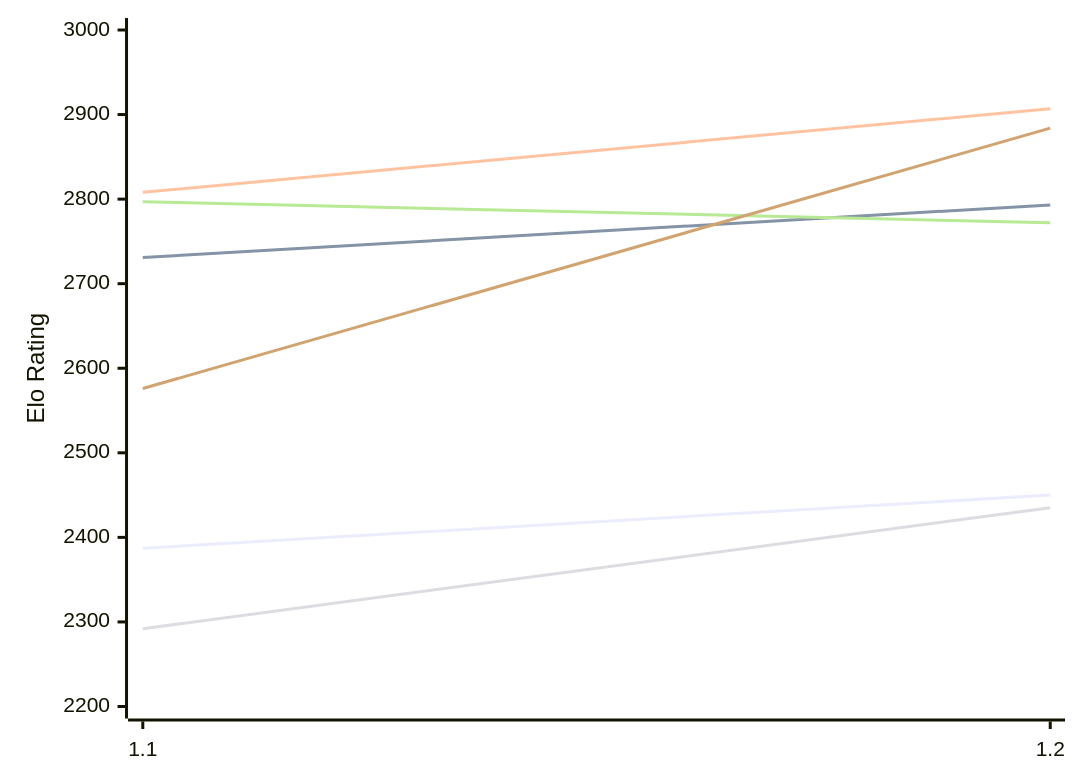
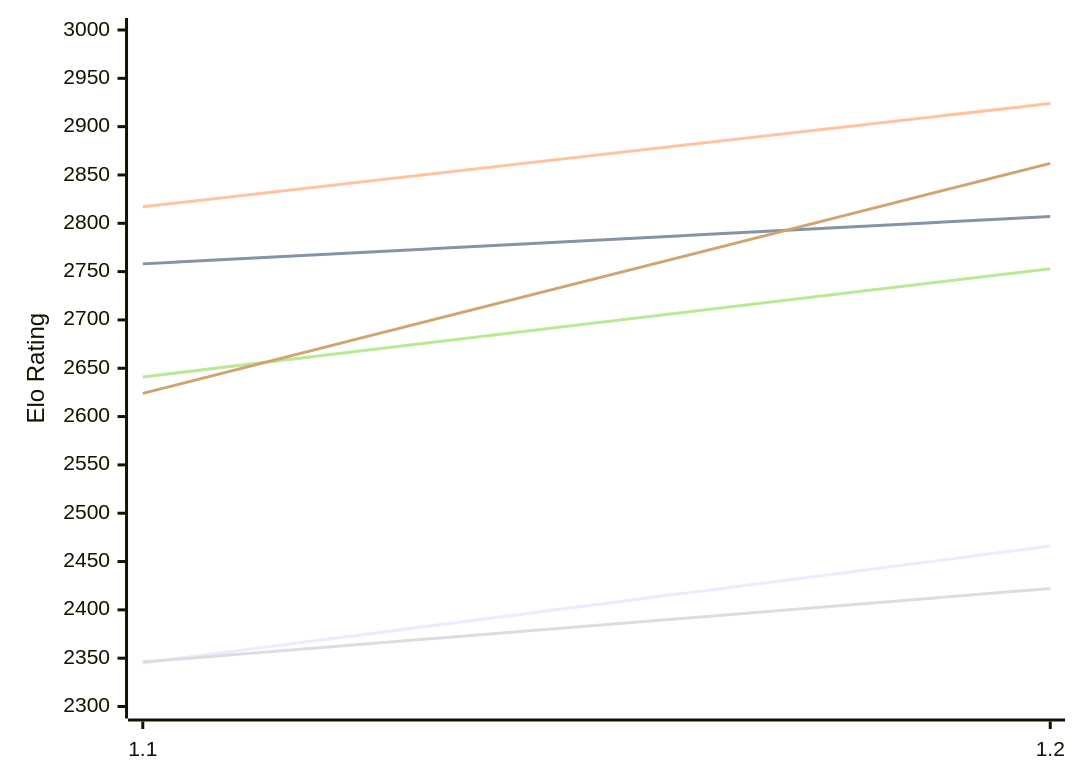
The first of 2 diagrams in engines/FoxChess.md (computer-chess-index/cci), drawn with Mermaid before and after one commit. The commit also changed other lines of this file, not shown here.

Commit message:
Update CCI Ratings (ELO VLTC) - 2026-11-14

````diff
--- a/engines/FoxChess.md
+++ b/engines/FoxChess.md
@@ -51,12 +51,12 @@
 ```mermaid
 %%{init: {"theme":"base","themeVariables":{"seriesColors:['#a3a3a3','#222221','#faa371']}}}%%
 xychart-beta
   x-axis ["1.1", "1.2"]
-  y-axis "Elo Rating" 2200 --> 3000
-  line "E1: STC (8.0+0.08s)" [2387, 2450]
-  line "E1: LTC (60.0+0.60s)" [2731, 2793]
-  line "E1: VLTC (2m24s+1.12s)" [2808, 2907]
-  line "P1: STC (8.0+0.08s)" [2292, 2435]
-  line "P1: LTC (60.0+0.60s)" [2797, 2772]
-  line "P1: VLTC (2m24s+1.12s)" [2576, 2884]
+  y-axis "Elo Rating" 2300 --> 3000
+  line "E1: STC (8.0+0.08s)" [2345, 2466]
+  line "E1: LTC (60.0+0.60s)" [2758, 2807]
+  line "E1: VLTC (2m24s+1.12s)" [2817, 2924]
+  line "P1: STC (8.0+0.08s)" [2346, 2422]
+  line "P1: LTC (60.0+0.60s)" [2641, 2753]
+  line "P1: VLTC (2m24s+1.12s)" [2624, 2862]
 ```
````
